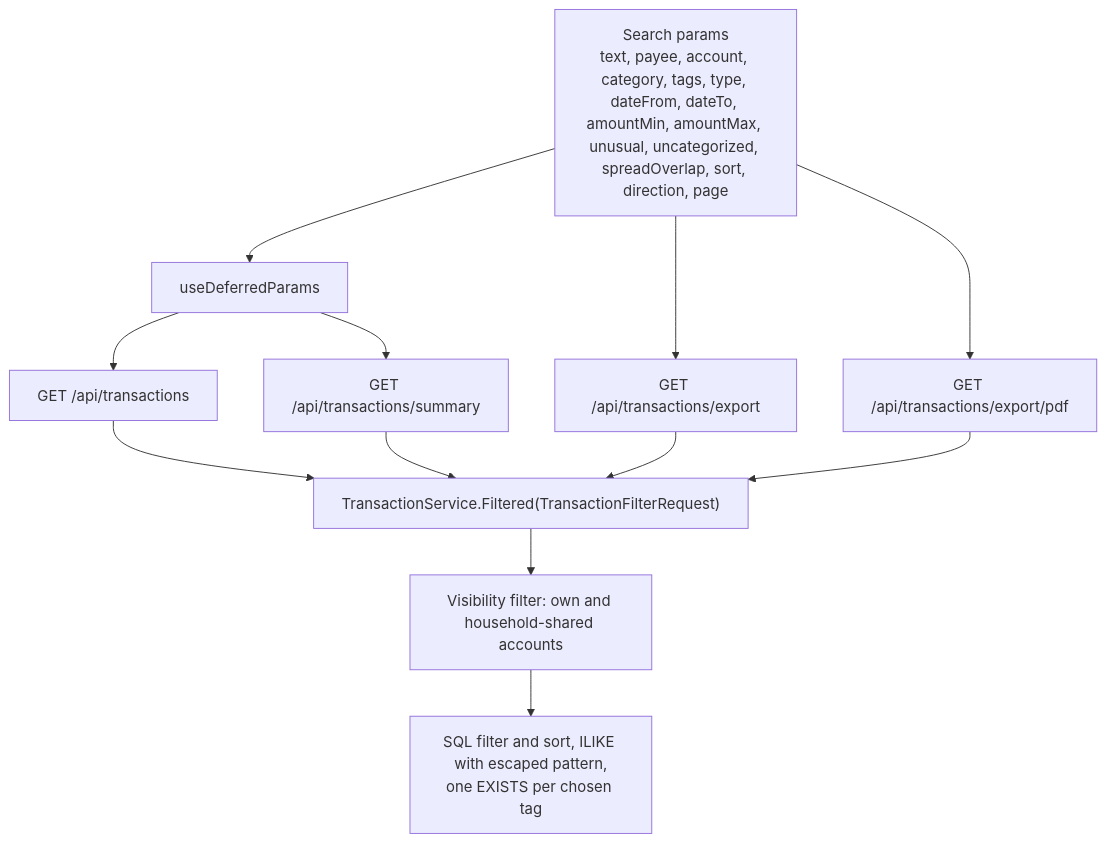
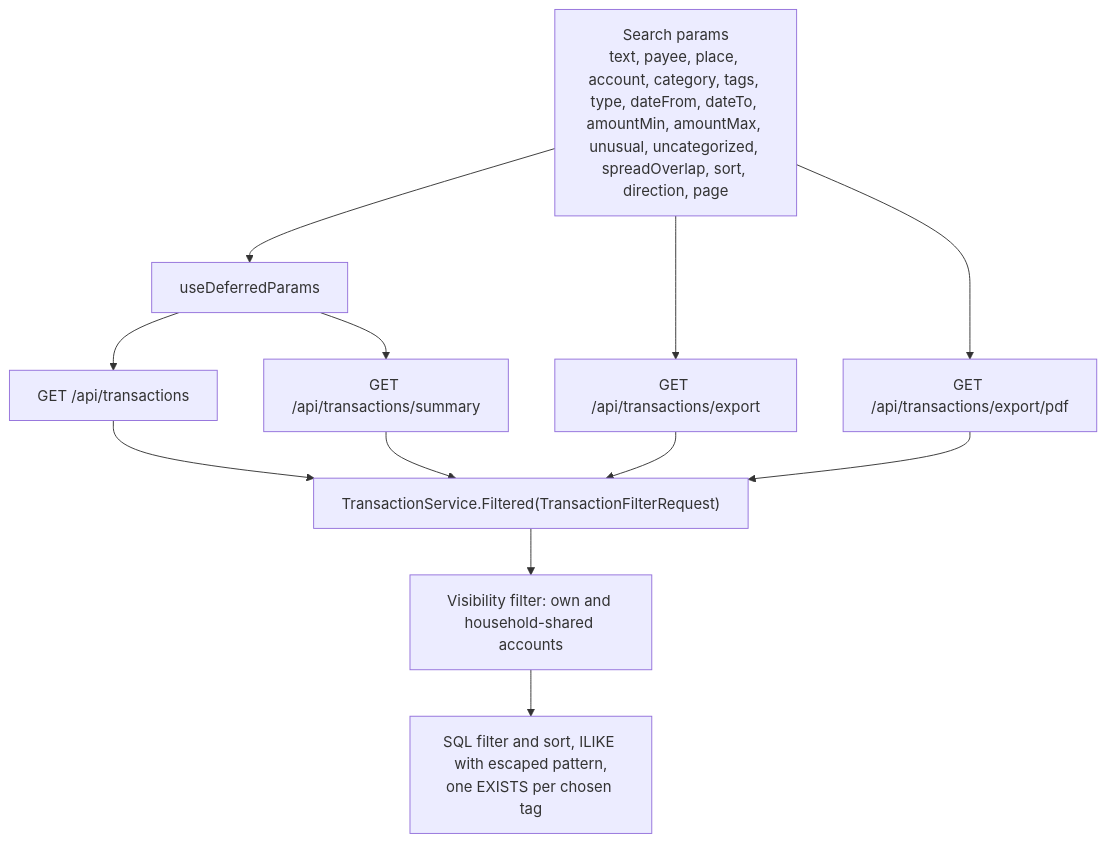
One commit to Justxs/Jx-Finance changed the first of 5 diagrams in docs/features/transactions.md. Above: the diagram before and after it, drawn with Mermaid. The commit also changed other lines of this file and 169 other files, not shown here.

````diff
--- a/docs/features/transactions.md
+++ b/docs/features/transactions.md
@@ -7,14 +7,14 @@
 ```mermaid
 flowchart TD
-    Url["Search params<br/>text, payee, account, category, tags, type, dateFrom, dateTo, amountMin, amountMax, unusual, uncategorized, spreadOverlap, sort, direction, page"] --> Defer["useDeferredParams"]
+    Url["Search params<br/>text, payee, place, account, category, tags, type, dateFrom, dateTo, amountMin, amountMax, unusual, uncategorized, spreadOverlap, sort, direction, page"] --> Defer["useDeferredParams"]
     Defer --> List["GET /api/transactions"]
     Defer --> Summary["GET /api/transactions/summary"]
     Url --> Csv["GET /api/transactions/export"]
     Url --> Pdf["GET /api/transactions/export/pdf"]
     List --> F["TransactionService.Filtered(TransactionFilterRequest)"]
     Summary --> F
     Csv --> F
     Pdf --> F
     F --> Vis["Visibility filter: own and household-shared accounts"]
     Vis --> Sql["SQL filter and sort, ILIKE with escaped pattern,<br/>one EXISTS per chosen tag"]
 ```
````
